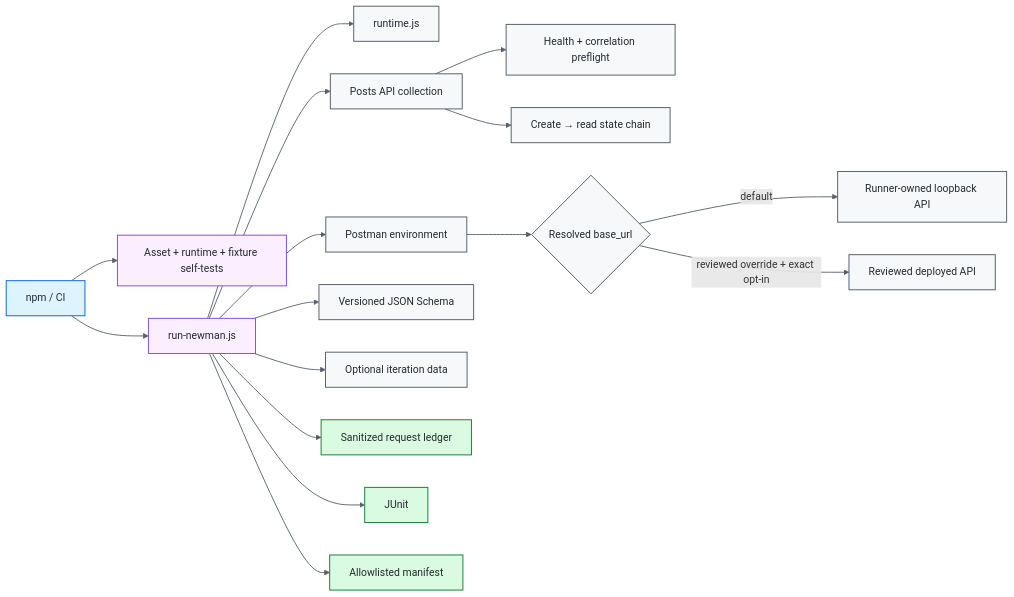
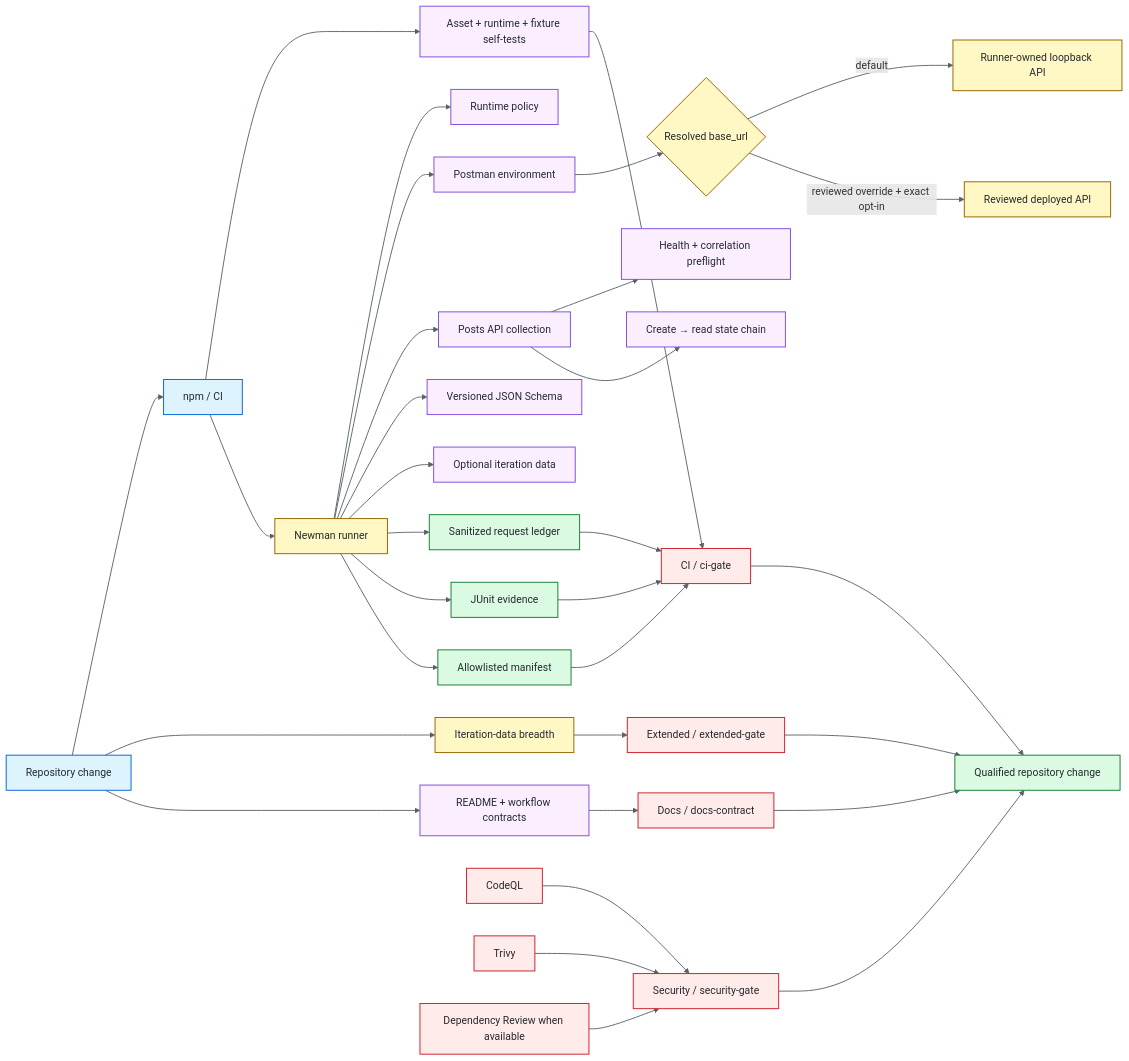
Before and after one commit to portyu9/qa-automation-api-postman-newman: the diagram in README.md, drawn with Mermaid.

Commit message:
docs: rebase reference Mermaid diagram on governed security policy

````diff
--- a/README.md
+++ b/README.md
@@ -39,28 +39,50 @@
 ```mermaid
 flowchart LR
-    CLI[npm / CI] --> VALIDATE[Asset + runtime + fixture self-tests]
-    CLI --> RUN[run-newman.js]
-    RUN --> POLICY[runtime.js]
+    CHANGE[Repository change] --> CLI[npm / CI]
+    CLI --> VALIDATE[Asset + runtime + fixture self-tests]
+    CLI --> RUN[Newman runner]
+    RUN --> POLICY[Runtime policy]
     RUN --> ENV[Postman environment]
     RUN --> COL[Posts API collection]
     RUN --> SCHEMA[Versioned JSON Schema]
     RUN --> DATA[Optional iteration data]
     COL --> PREFLIGHT[Health + correlation preflight]
     COL --> STATE[Create → read state chain]
     ENV --> TARGET{Resolved base_url}
     TARGET -->|default| LOCAL[Runner-owned loopback API]
     TARGET -->|reviewed override + exact opt-in| EXT[Reviewed deployed API]
     RUN --> LEDGER[Sanitized request ledger]
-    RUN --> JUNIT[JUnit]
+    RUN --> JUNIT[JUnit evidence]
     RUN --> MAN[Allowlisted manifest]
+    VALIDATE --> CIG[CI / ci-gate]
+    LEDGER --> CIG
+    JUNIT --> CIG
+    MAN --> CIG
+
+    CHANGE --> BREADTH[Iteration-data breadth]
+    BREADTH --> EG[Extended / extended-gate]
+
+    CHANGE --> DOCS[README + workflow contracts]
+    DOCS --> DG[Docs / docs-contract]
+
+    SAST[CodeQL] --> SG[Security / security-gate]
+    TRIVY[Trivy] --> SG
+    REVIEW[Dependency Review when available] --> SG
+
+    CIG --> RESULT[Qualified repository change]
+    EG --> RESULT
+    DG --> RESULT
+    SG --> RESULT
 
     classDef entry fill:#ddf4ff,stroke:#0969da,color:#24292f,stroke-width:1.5px;
-    classDef core fill:#f6f8fa,stroke:#57606a,color:#24292f,stroke-width:1.5px;
-    classDef gate fill:#fbefff,stroke:#8250df,color:#24292f,stroke-width:1.5px;
+    classDef policy fill:#fbefff,stroke:#8250df,color:#24292f,stroke-width:1.5px;
+    classDef runtime fill:#fff8c5,stroke:#9a6700,color:#24292f,stroke-width:1.5px;
     classDef evidence fill:#dafbe1,stroke:#1a7f37,color:#24292f,stroke-width:1.5px;
-    class CLI entry;
-    class POLICY,ENV,COL,SCHEMA,DATA,PREFLIGHT,STATE,TARGET,LOCAL,EXT core;
-    class VALIDATE,RUN gate;
-    class LEDGER,JUNIT,MAN evidence;
+    classDef gate fill:#ffebe9,stroke:#cf222e,color:#24292f,stroke-width:1.5px;
+    class CHANGE,CLI entry;
+    class VALIDATE,POLICY,ENV,COL,SCHEMA,DATA,PREFLIGHT,STATE,DOCS policy;
+    class RUN,TARGET,LOCAL,EXT,BREADTH runtime;
+    class LEDGER,JUNIT,MAN,RESULT evidence;
+    class CIG,EG,DG,SAST,TRIVY,REVIEW,SG gate;
     linkStyle default stroke:#57606a,stroke-width:1.4px;
 ```
````
